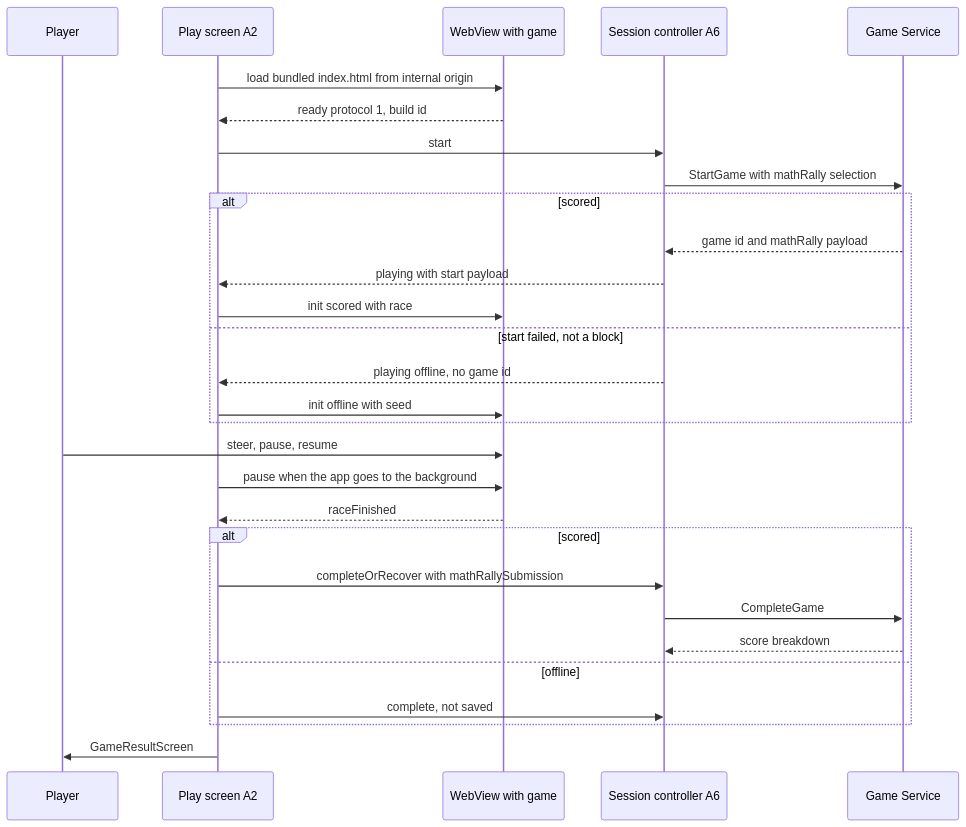
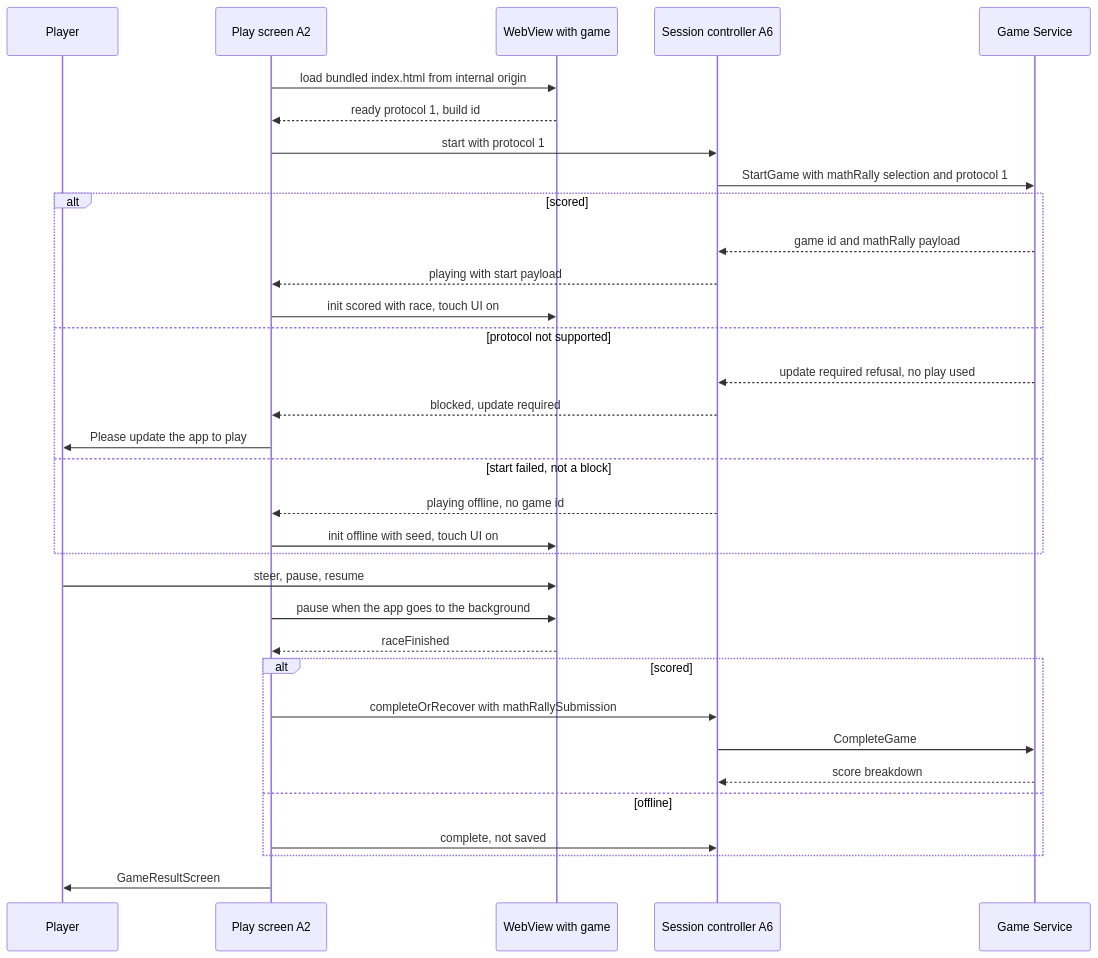
Before and after one commit to dtuleski/turbo-town: the third of 3 diagrams in aidlc-docs/inception/application-design/math-kart-component-dependency.md, drawn with Mermaid. The commit also changed other lines of this file and 10 other files, not shown here.

````diff
--- a/aidlc-docs/inception/application-design/math-kart-component-dependency.md
+++ b/aidlc-docs/inception/application-design/math-kart-component-dependency.md
@@ -151,31 +153,35 @@
 ```mermaid
 sequenceDiagram
     participant P as Player
     participant F as Play screen A2
     participant W as WebView with game
     participant C as Session controller A6
     participant S as Game Service
     F->>W: load bundled index.html from internal origin
     W-->>F: ready protocol 1, build id
-    F->>C: start
-    C->>S: StartGame with mathRally selection
+    F->>C: start with protocol 1
+    C->>S: StartGame with mathRally selection and protocol 1
     alt scored
         S-->>C: game id and mathRally payload
         C-->>F: playing with start payload
-        F->>W: init scored with race
+        F->>W: init scored with race, touch UI on
+    else protocol not supported
+        S-->>C: update required refusal, no play used
+        C-->>F: blocked, update required
+        F->>P: Please update the app to play
     else start failed, not a block
         C-->>F: playing offline, no game id
-        F->>W: init offline with seed
+        F->>W: init offline with seed, touch UI on
     end
     P->>W: steer, pause, resume
     F->>W: pause when the app goes to the background
     W-->>F: raceFinished
     alt scored
         F->>C: completeOrRecover with mathRallySubmission
         C->>S: CompleteGame
         S-->>C: score breakdown
     else offline
         F->>C: complete, not saved
     end
     F->>P: GameResultScreen
 ```
````
